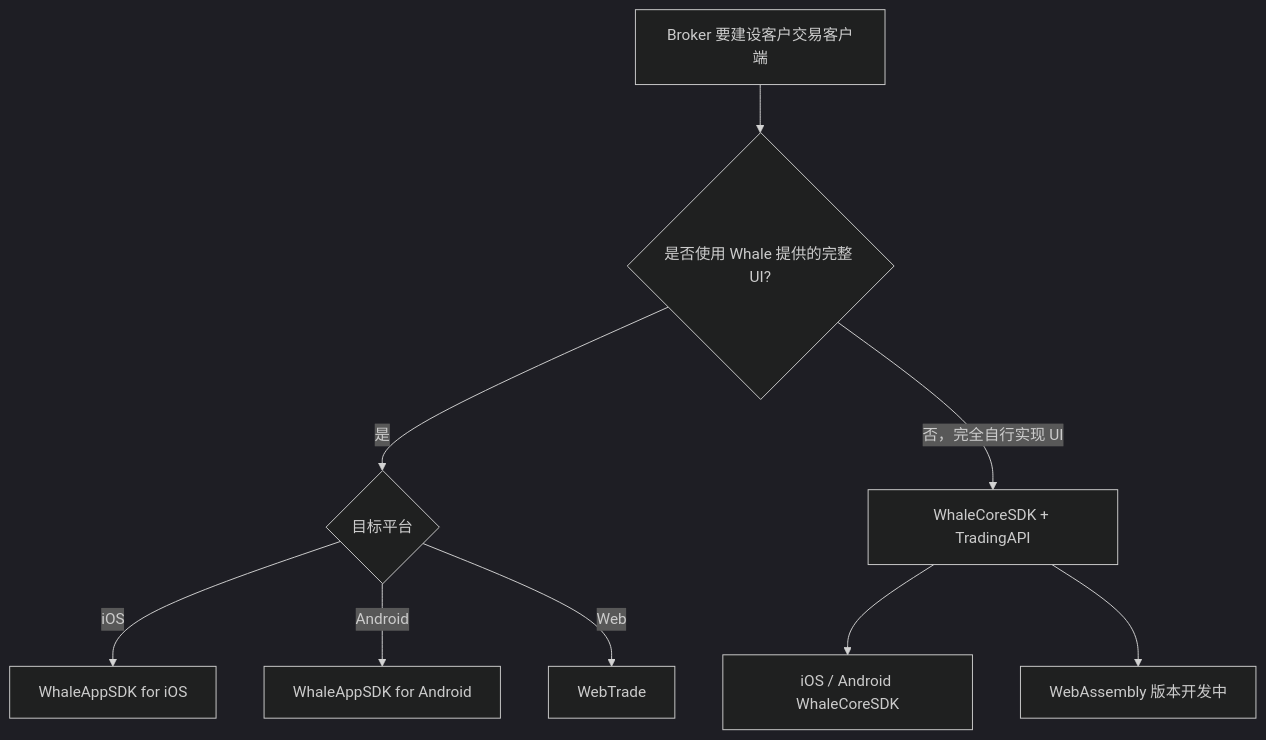
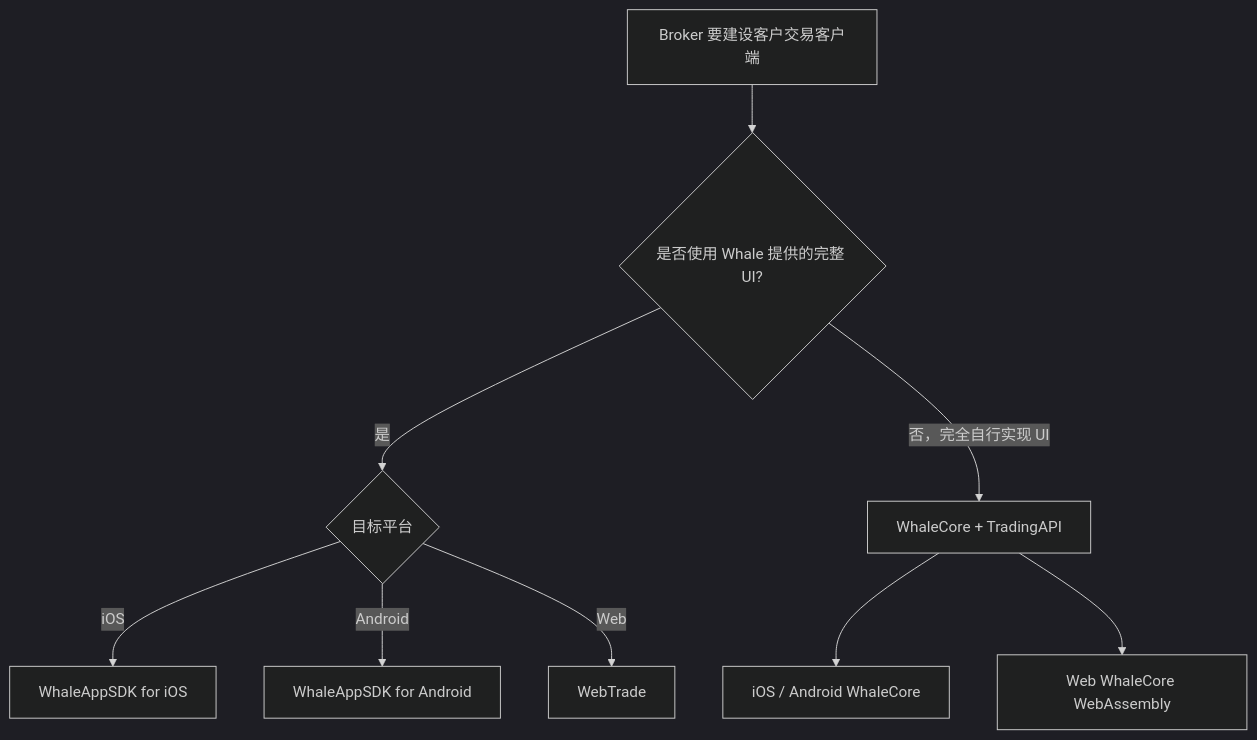
The diagram in docs/zh-CN/docs/integration-options.mdx (longbridge/whale-docs), drawn with Mermaid (dark theme) before and after one commit. The commit also changed other lines of this file and 58 other files, not shown here.

First line of the commit message:
docs: clarify TradingAPI runs through WhaleCore, rename WhaleCoreSDK to WhaleCore, and sync SDK/TradingAPI updates (#70)

````diff
--- a/docs/zh-CN/docs/integration-options.mdx
+++ b/docs/zh-CN/docs/integration-options.mdx
@@ -22,11 +22,11 @@
 ```mermaid
 flowchart TD
     A[Broker 要建设客户交易客户端] --> B{是否使用 Whale 提供的完整 UI?}
     B -- 是 --> C{目标平台}
     C -- iOS --> D[WhaleAppSDK for iOS]
     C -- Android --> E[WhaleAppSDK for Android]
     C -- Web --> F[WebTrade]
-    B -- 否，完全自行实现 UI --> G[WhaleCoreSDK + TradingAPI]
-    G --> H[iOS / Android WhaleCoreSDK]
-    G --> I[WebAssembly 版本开发中]
+    B -- 否，完全自行实现 UI --> G[WhaleCore + TradingAPI]
+    G --> H[iOS / Android WhaleCore]
+    G --> I[Web WhaleCore WebAssembly]
 ```
````
